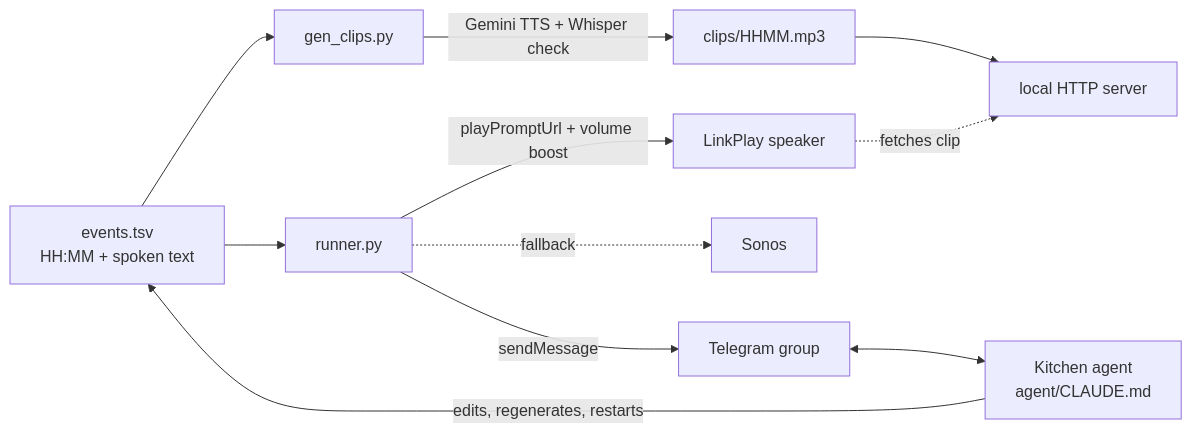
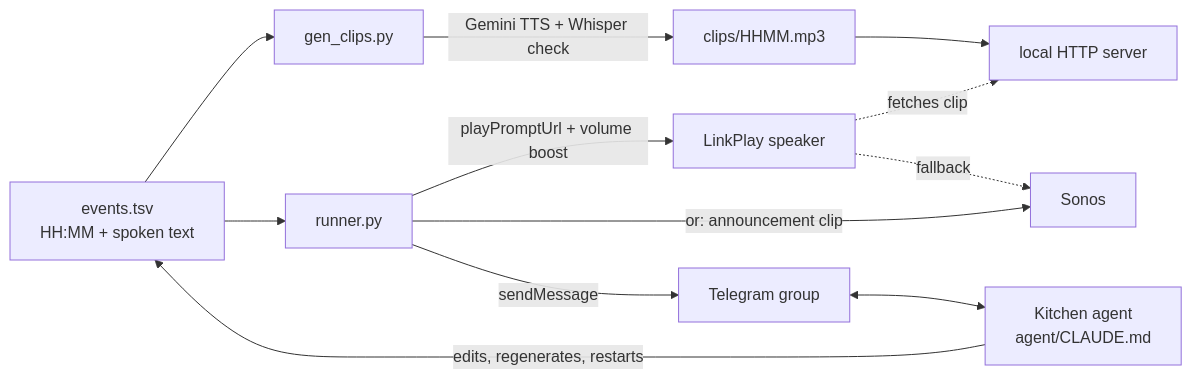
The diagram in README.md (michael-ford/thanksgiving-kitchen-agent), drawn with Mermaid before and after one commit. The commit also changed other lines of this file and 3 other files, not shown here.

````diff
--- a/README.md
+++ b/README.md
@@ -11,13 +11,14 @@
 ```mermaid
 flowchart LR
     E[events.tsv<br/>HH:MM + spoken text] --> G[gen_clips.py]
     G -->|Gemini TTS + Whisper check| C[clips/HHMM.mp3]
     C --> H[local HTTP server]
     E --> R[runner.py]
     R -->|playPromptUrl + volume boost| S[LinkPlay speaker]
+    R -->|or: announcement clip| SO
     S -.->|fetches clip| H
-    R -.->|fallback| SO[Sonos]
+    S -.->|fallback| SO[Sonos]
     R -->|sendMessage| T[Telegram group]
     T <--> A[Kitchen agent<br/>agent/CLAUDE.md]
     A -->|edits, regenerates, restarts| E
 ```
````
